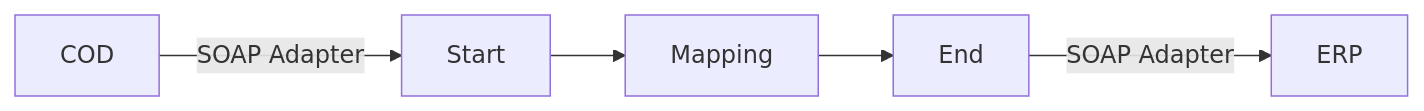
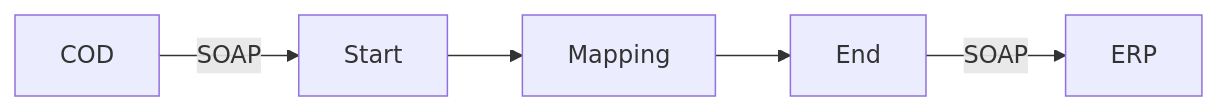
Before and after one commit to Avvale-IA-CICD/AvvaleCPI: the diagram in MMZ - Cell Iflows/Check_Connectivity_to_SAP_Business_Suite_MMZ-1.0.4/readme.md, drawn with Mermaid. The commit also changed other lines of this file, not shown here.

````diff
--- a/MMZ - Cell Iflows/Check_Connectivity_to_SAP_Business_Suite_MMZ-1.0.4/readme.md
+++ b/MMZ - Cell Iflows/Check_Connectivity_to_SAP_Business_Suite_MMZ-1.0.4/readme.md
@@ -4,13 +4,7 @@
 ```mermaid
 graph LR
-    COD[COD]
-    ERP[ERP]
-    StartEvent[Start]
-    Mapping[Mapping]
-    EndEvent[End]
-
-    COD -->|SOAP Adapter| StartEvent
-    StartEvent --> Mapping
-    Mapping --> EndEvent
-    EndEvent -->|SOAP Adapter| ERP
+    COD[COD] -->|SOAP| Start
+    Start --> Mapping
+    Mapping --> End
+    End -->|SOAP| ERP[ERP]
 ```
````
